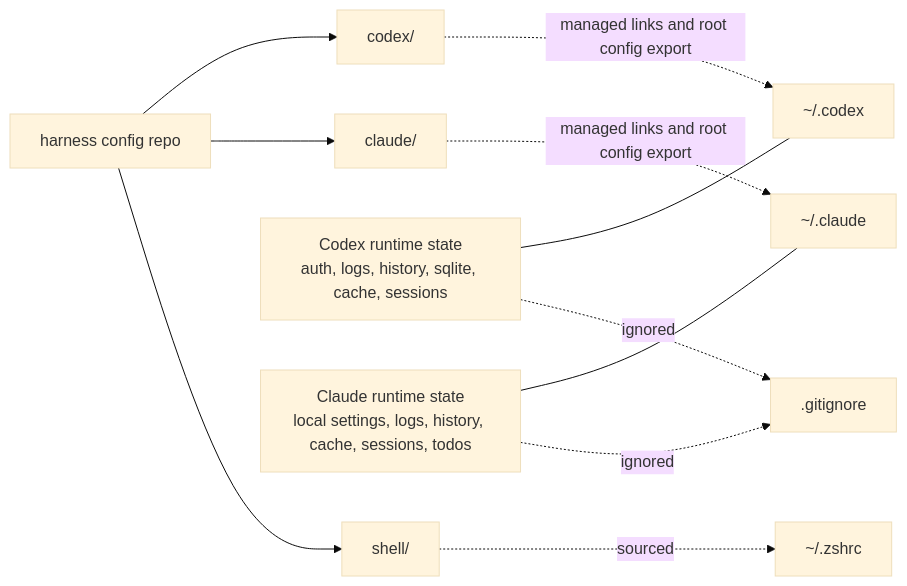
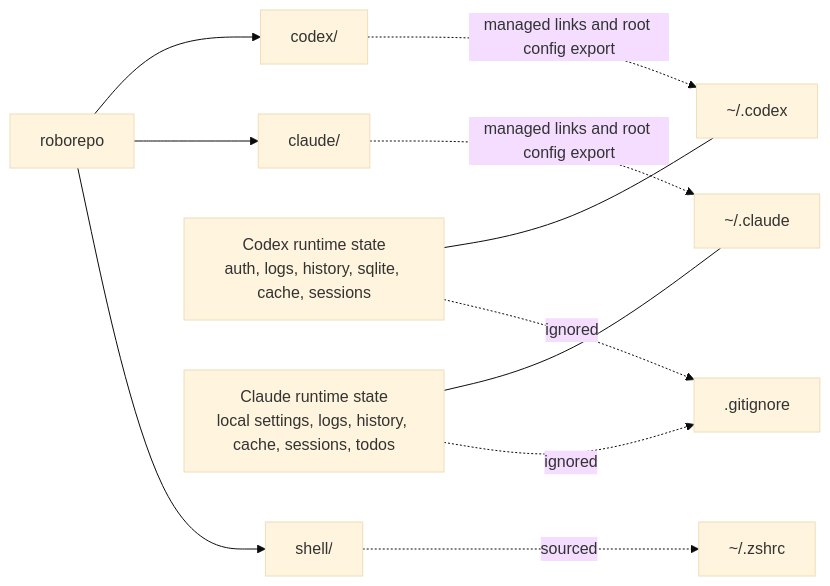
The first of 2 diagrams in docs/reference/services/architecture.md (kirinmurphy/agent_harness_configs), drawn with Mermaid (base theme) before and after one commit. The commit also changed other lines of this file and 7 other files, not shown here.

````diff
--- a/docs/reference/services/architecture.md
+++ b/docs/reference/services/architecture.md
@@ -5,27 +5,27 @@
 ```mermaid
 flowchart LR
-  repo["harness config repo"]
+  repo["roborepo"]
   codexRepo["codex/"]
   claudeRepo["claude/"]
   codexHome["~/.codex"]
   claudeHome["~/.claude"]
   codexRuntime["Codex runtime state<br/>auth, logs, history, sqlite, cache, sessions"]
   claudeRuntime["Claude runtime state<br/>local settings, logs, history, cache, sessions, todos"]
 
   repo --> codexRepo
   repo --> claudeRepo
 
   codexRepo -. managed links and root config export .-> codexHome
   claudeRepo -. managed links and root config export .-> claudeHome
 
   codexRuntime --- codexHome
   claudeRuntime --- claudeHome
 
   codexRuntime -. ignored .-> gitignore[".gitignore"]
   claudeRuntime -. ignored .-> gitignore
 
   shellRepo["shell/"]
   zshrc["~/.zshrc"]
   repo --> shellRepo
   shellRepo -. sourced .-> zshrc
 ```
````
